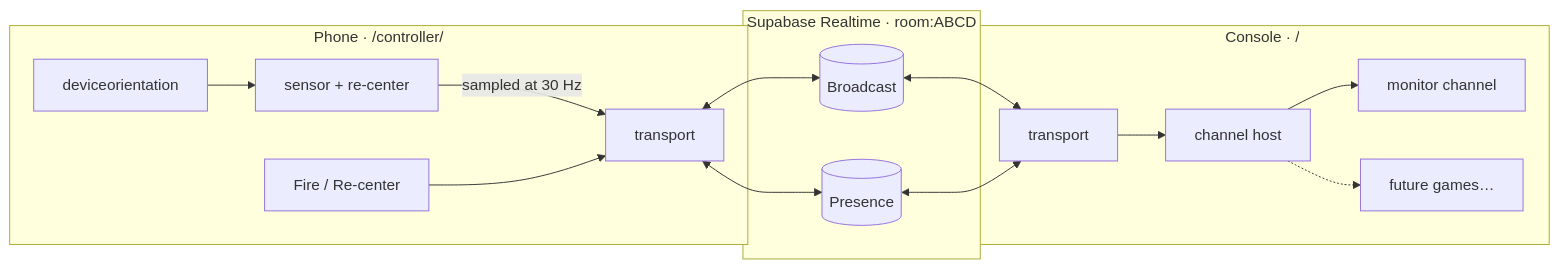
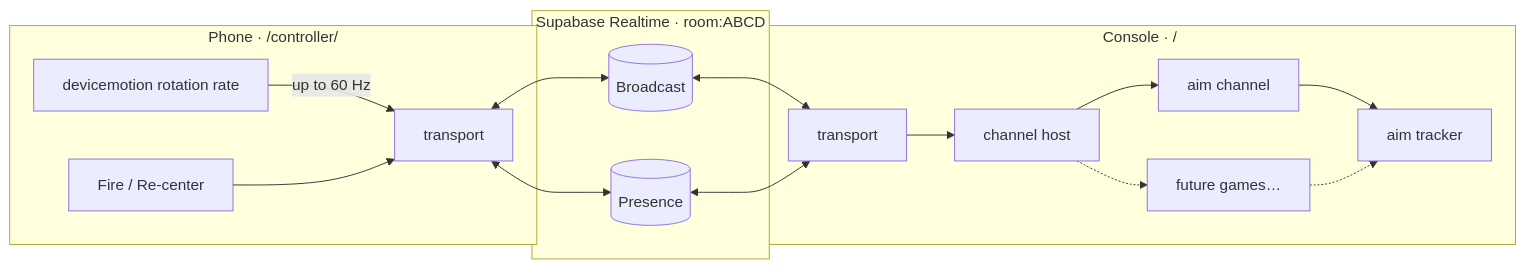
Before and after one commit to volpster-net/motion-console: the diagram in README.md, drawn with Mermaid. The commit also changed other lines of this file and 29 other files, not shown here.

````diff
--- a/README.md
+++ b/README.md
@@ -18,19 +19,20 @@
 ```mermaid
 flowchart LR
   subgraph Phone["Phone · /controller/"]
-    S[deviceorientation] --> R[sensor + re-center]
-    R -->|sampled at 30 Hz| T1[transport]
+    S[devicemotion rotation rate] -->|up to 60 Hz| T1[transport]
     B[Fire / Re-center] --> T1
   end
   subgraph Supabase["Supabase Realtime · room:ABCD"]
     BC[(Broadcast)]
     PR[(Presence)]
   end
   subgraph Console["Console · /"]
     T2[transport] --> H[channel host]
-    H --> C1[monitor channel]
+    H --> C1[aim channel]
+    C1 --> A[aim tracker]
     H -.-> C2[future games…]
+    C2 -.-> A
   end
   T1 <--> BC <--> T2
   T1 <--> PR <--> T2
 ```
````
